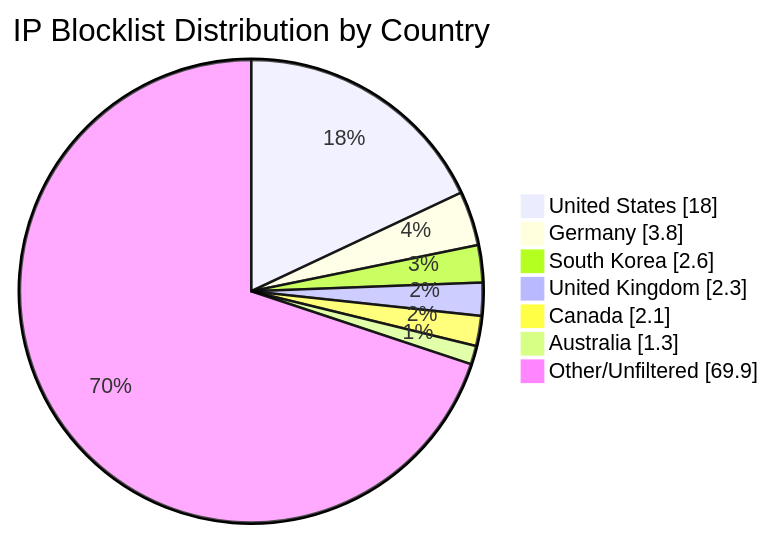
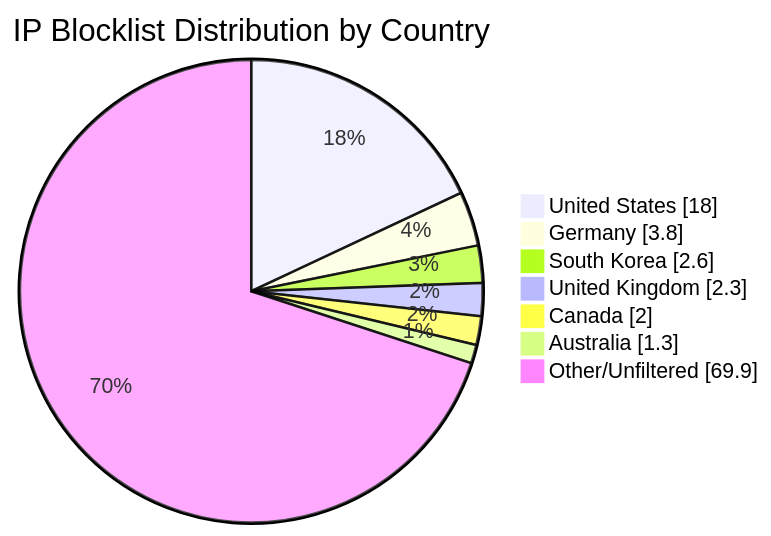
The diagram in README.md (MarcusHoltz/ipblocklist-geofiltered-aggregator), drawn with Mermaid before and after one commit. The commit also changed other lines of this file and 9 other files, not shown here.

````diff
--- a/README.md
+++ b/README.md
@@ -34,10 +34,10 @@
 ```mermaid
 pie showData title IP Blocklist Distribution by Country
 "United States" : 18.0
 "Germany" : 3.8
 "South Korea" : 2.6
 "United Kingdom" : 2.3
-"Canada" : 2.1
+"Canada" : 2.0
 "Australia" : 1.3
 "Other/Unfiltered" : 69.9
 ```
````
